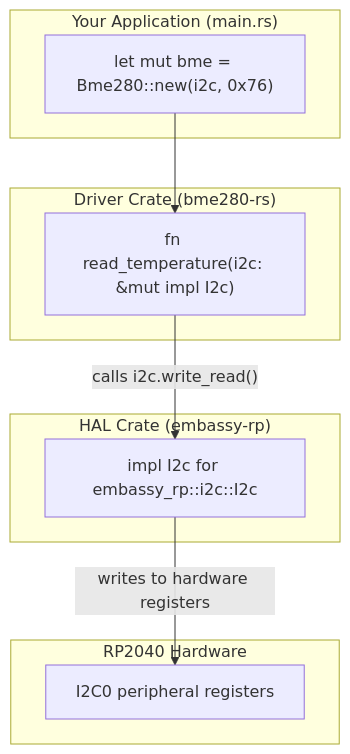
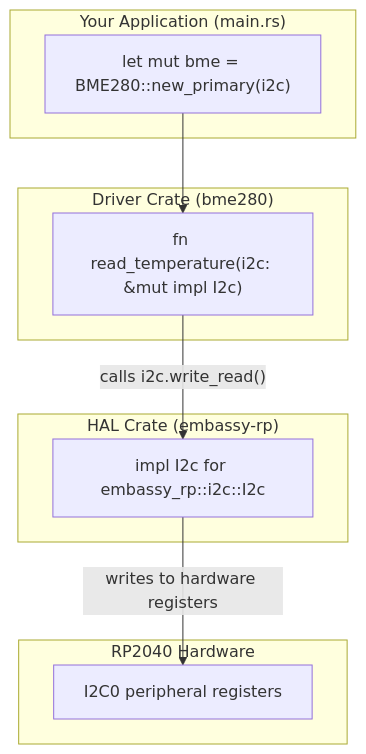
The diagram in i2c-spi-embedded-hal.mdx (SiliconWit/embedded-rust-rp2040), drawn with Mermaid before and after one commit. The commit also changed other lines of this file and 9 other files, not shown here.

````diff
--- a/i2c-spi-embedded-hal.mdx
+++ b/i2c-spi-embedded-hal.mdx
@@ -111,23 +132,23 @@
 ```mermaid
 %%{init: {'flowchart': {'curve': 'linear'}}}%%
 flowchart TD
     subgraph App["Your Application (main.rs)"]
-        MAIN["let mut bme = Bme280::new(i2c, 0x76)"]
+        MAIN["let mut bme = BME280::new_primary(i2c)"]
     end
 
-    subgraph Driver["Driver Crate (bme280-rs)"]
+    subgraph Driver["Driver Crate (bme280)"]
         DRV["fn read_temperature(i2c: &mut impl I2c)"]
     end
 
     subgraph HAL["HAL Crate (embassy-rp)"]
         IMPL["impl I2c for embassy_rp::i2c::I2c"]
     end
 
     subgraph HW["RP2040 Hardware"]
         I2C0["I2C0 peripheral registers"]
     end
 
     MAIN --> DRV
     DRV -->|"calls i2c.write_read()"| IMPL
     IMPL -->|"writes to hardware registers"| I2C0
 ```
````
